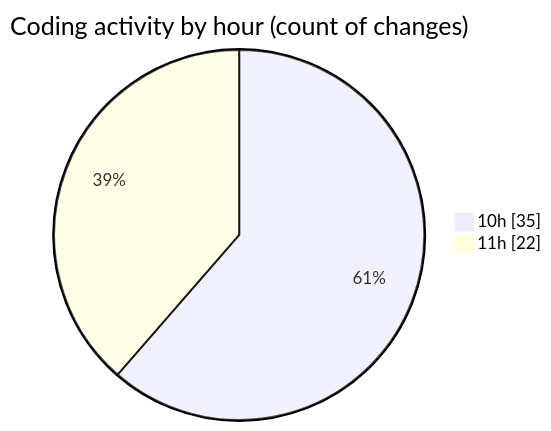
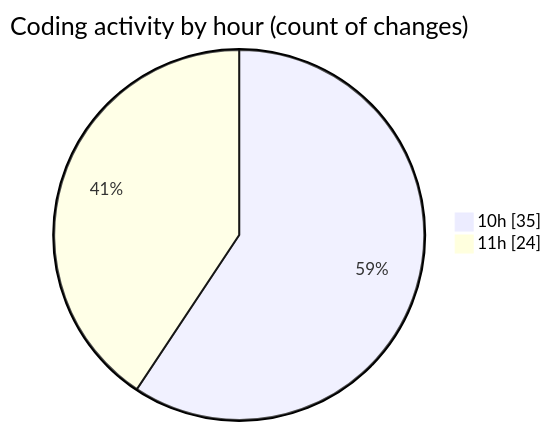
One commit to momahboobian/code-tracking changed the second of 2 diagrams in 2025-03-28/cda/README.md. Above: the diagram before and after it, drawn with Mermaid. The commit also changed other lines of this file and 1 other file, not shown here.

````diff
--- a/2025-03-28/cda/README.md
+++ b/2025-03-28/cda/README.md
@@ -32,6 +32,6 @@
 ```mermaid
 pie showData
 title Coding activity by hour (count of changes)
 "10h" : 35
-"11h" : 22
+"11h" : 24
 ```
````
